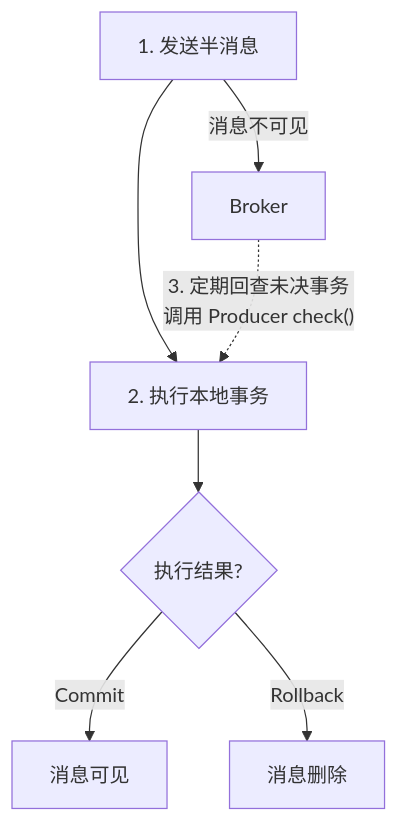
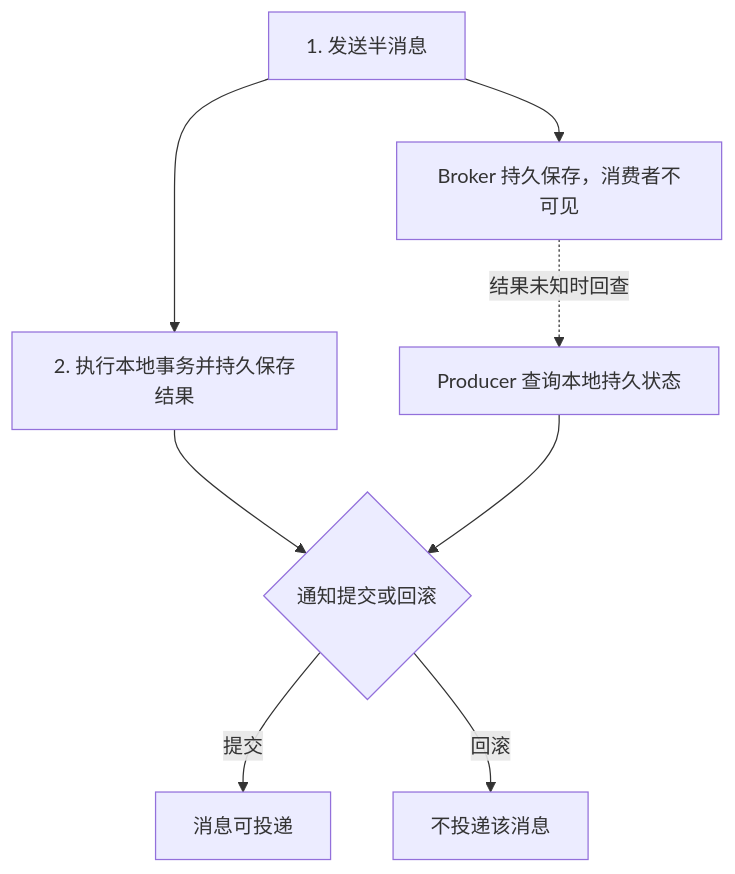
One commit to BryantChang1992/ai_wikis changed the sixth of 15 diagrams in 知识库/wiki/事务模型深度调研.md. Above: the diagram before and after it, drawn with Mermaid. The commit also changed other lines of this file and 205 other files, not shown here.

Commit message:
Review knowledge evidence, deepen paper notes, and standardize Mermaid diagrams

````diff
--- a/知识库/wiki/事务模型深度调研.md
+++ b/知识库/wiki/事务模型深度调研.md
@@ -438,9 +394,10 @@
 ```mermaid
 flowchart TB
-    A["1. 发送半消息"] -->|消息不可见| B["Broker"]
-    A --> C["2. 执行本地事务"]
-    C --> D{"执行结果?"}
-    D -->|"Commit"| E["消息可见"]
-    D -->|"Rollback"| F["消息删除"]
-    B -.->|"3. 定期回查未决事务<br/>调用 Producer check()"| C
+    A["1. 发送半消息"] --> B["Broker 持久保存，消费者不可见"]
+    A --> C["2. 执行本地事务并持久保存结果"]
+    C --> D{"通知提交或回滚"}
+    D -->|"提交"| E["消息可投递"]
+    D -->|"回滚"| F["不投递该消息"]
+    B -.->|"结果未知时回查"| G["Producer 查询本地持久状态"]
+    G --> D
 ```
````
